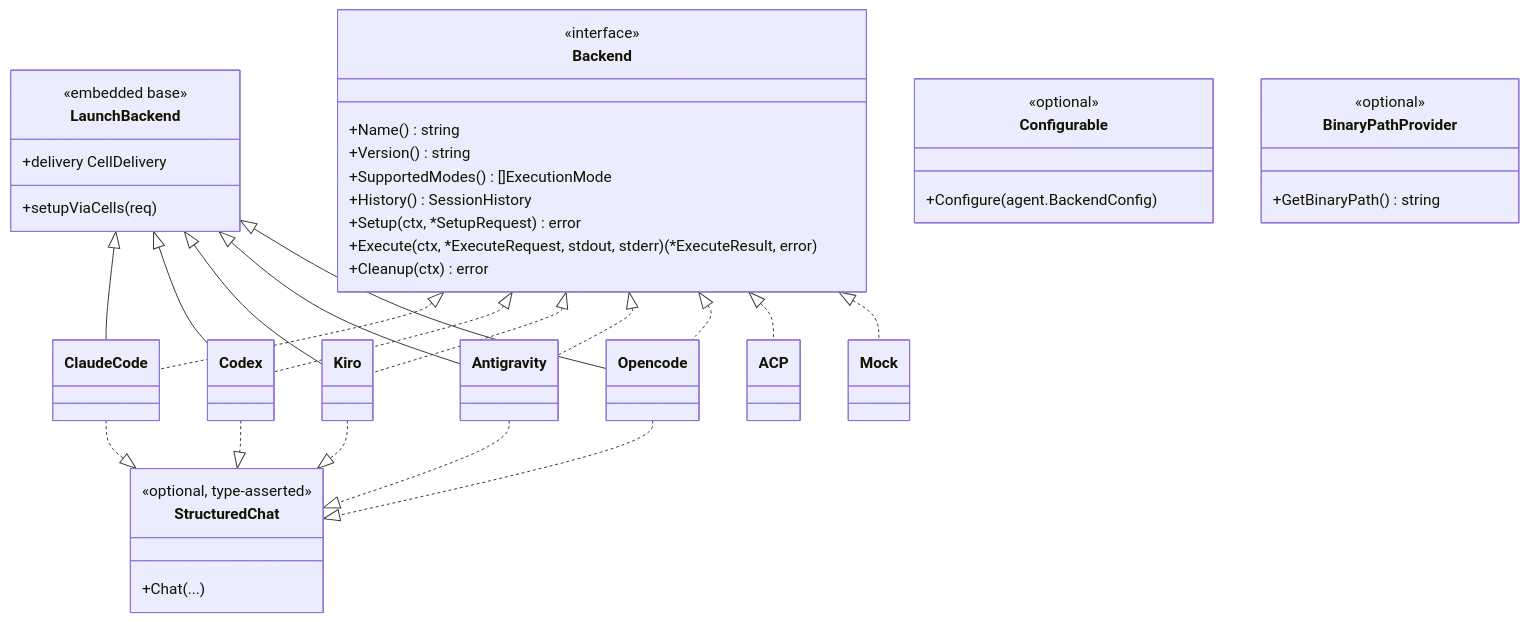
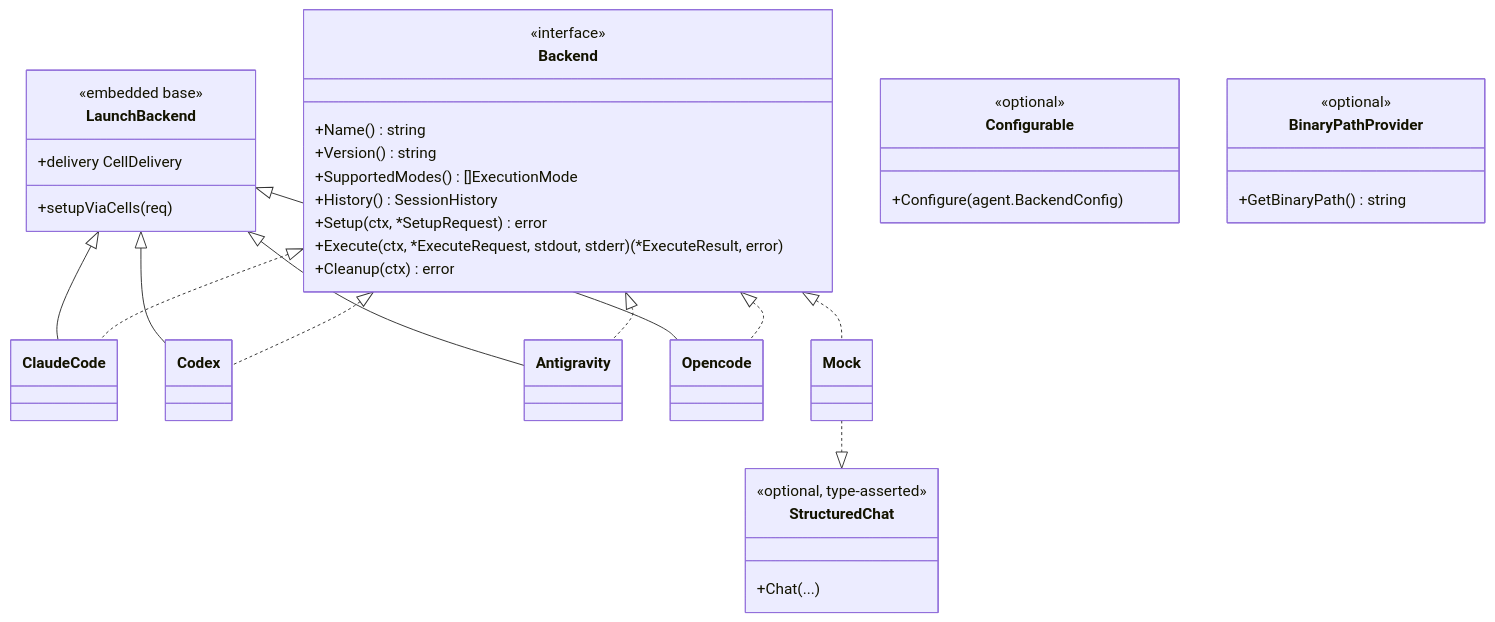
One commit to ctxloom/ctxloom changed the diagram in docs/architecture/engines/backend-abstraction.md. Above: the diagram before and after it, drawn with Mermaid. The commit also changed other lines of this file and 86 other files, not shown here.

First line of the commit message:
docs: drop the ACP and kiro documentation; fix operations tests

````diff
--- a/docs/architecture/engines/backend-abstraction.md
+++ b/docs/architecture/engines/backend-abstraction.md
@@ -19,52 +19,45 @@
 ```mermaid
 classDiagram
     class Backend {
         <<interface>>
         +Name() string
         +Version() string
         +SupportedModes() []ExecutionMode
         +History() SessionHistory
         +Setup(ctx, *SetupRequest) error
         +Execute(ctx, *ExecuteRequest, stdout, stderr) (*ExecuteResult, error)
         +Cleanup(ctx) error
     }
 
     class LaunchBackend {
         <<embedded base>>
         +setupViaCells(req)
         +delivery CellDelivery
     }
 
     class StructuredChat {
         <<optional, type-asserted>>
         +Chat(...)
     }
     class Configurable {
         <<optional>>
         +Configure(agent.BackendConfig)
     }
     class BinaryPathProvider {
         <<optional>>
         +GetBinaryPath() string
     }
 
     Backend <|.. ClaudeCode
     Backend <|.. Codex
-    Backend <|.. Kiro
     Backend <|.. Antigravity
     Backend <|.. Opencode
-    Backend <|.. ACP
     Backend <|.. Mock
 
     LaunchBackend <|-- ClaudeCode
     LaunchBackend <|-- Codex
-    LaunchBackend <|-- Kiro
     LaunchBackend <|-- Antigravity
     LaunchBackend <|-- Opencode
 
-    ClaudeCode ..|> StructuredChat
-    Codex ..|> StructuredChat
-    Kiro ..|> StructuredChat
-    Antigravity ..|> StructuredChat
-    Opencode ..|> StructuredChat
+    Mock ..|> StructuredChat
 ```
````
